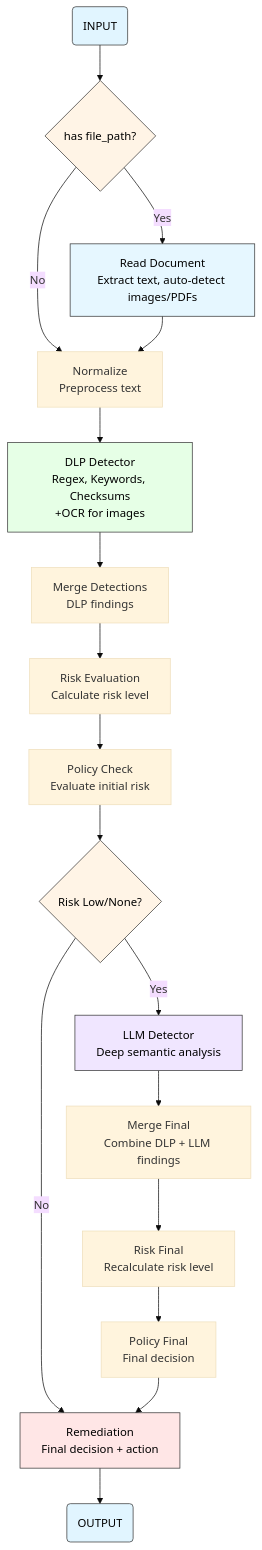
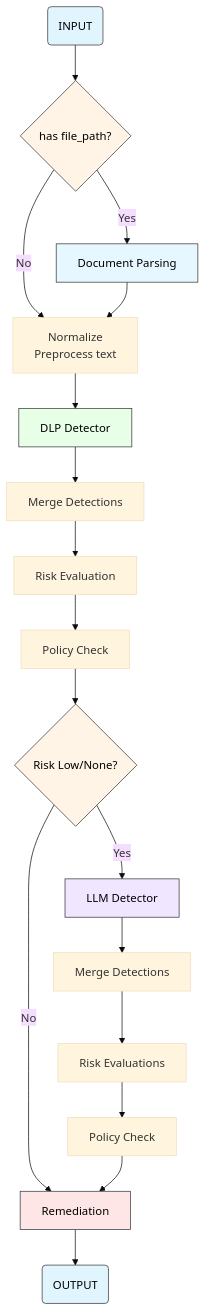
The diagram in multiagent-firewall/README.md (xHugo21/sensitive-data-detector), drawn with Mermaid (base theme) before and after one commit.

Commit message:
docs: update multiagent-firewall mermaid graph

````diff
--- a/multiagent-firewall/README.md
+++ b/multiagent-firewall/README.md
@@ -9,37 +9,37 @@
 ```mermaid
 flowchart TD
     Start(INPUT) --> HasFile{has file_path?}
     
-    HasFile -->|Yes| Document[Read Document<br/>Extract text, auto-detect images/PDFs]
+    HasFile -->|Yes| Document[Document Parsing]
     HasFile -->|No| Normalize[Normalize<br/>Preprocess text]
     
     Document --> Normalize
-    Normalize --> DLP[DLP Detector<br/>Regex, Keywords, Checksums<br/>+OCR for images]
+    Normalize --> DLP[DLP Detector]
     
-    DLP --> MergeDLP[Merge Detections<br/>DLP findings]
-    MergeDLP --> RiskDLP[Risk Evaluation<br/>Calculate risk level]
-    RiskDLP --> PolicyDLP[Policy Check<br/>Evaluate initial risk]
+    DLP --> MergeDLP[Merge Detections]
+    MergeDLP --> RiskDLP[Risk Evaluation]
+    RiskDLP --> PolicyDLP[Policy Check]
     
     PolicyDLP --> LowRisk{Risk Low/None?}
     
-    LowRisk -->|Yes| LLM[LLM Detector<br/>Deep semantic analysis]
-    LowRisk -->|No| Remediation[Remediation<br/>Final decision + action]
+    LowRisk -->|Yes| LLM[LLM Detector]
+    LowRisk -->|No| Remediation[Remediation]
     
-    LLM --> MergeFinal[Merge Final<br/>Combine DLP + LLM findings]
-    MergeFinal --> RiskFinal[Risk Final<br/>Recalculate risk level]
-    RiskFinal --> PolicyFinal[Policy Final<br/>Final decision]
+    LLM --> MergeFinal[Merge Detections]
+    MergeFinal --> RiskFinal[Risk Evaluations]
+    RiskFinal --> PolicyFinal[Policy Check]
     
     PolicyFinal --> Remediation
     
     Remediation --> End(OUTPUT)
     
     style Start fill:#e1f5ff,stroke:#333,color:#000
     style End fill:#e1f5ff,stroke:#333,color:#000
     style HasFile fill:#fff4e6,stroke:#333,color:#000
     style LowRisk fill:#fff4e6,stroke:#333,color:#000
     style Document fill:#e6f7ff,stroke:#333,color:#000
     style LLM fill:#f0e6ff,stroke:#333,color:#000
     style DLP fill:#e6ffe6,stroke:#333,color:#000
     style Remediation fill:#ffe6e6,stroke:#333,color:#000
 
 ```
````
